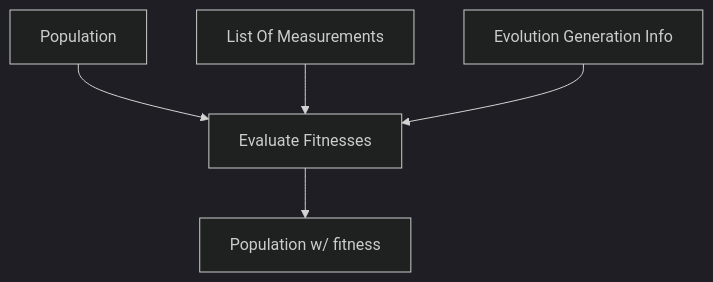
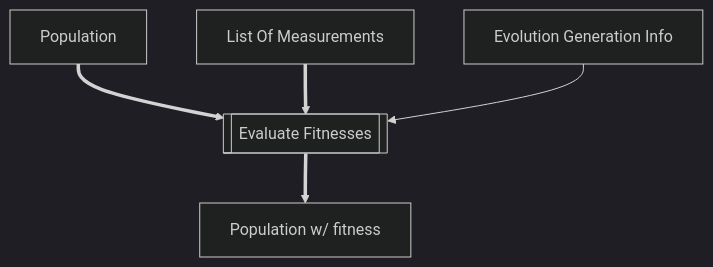
Before and after one commit to evolvablehardware/BitstreamEvolution: diagram 12 of 22 in docs/sphinx/source/architecture/index.rst, drawn with Mermaid (dark theme). The commit also changed other lines of this file and 5 other files, not shown here.

Commit message:
updated the Architectural description to finally translate it off of the images of slides.

```diff
--- a/docs/sphinx/source/architecture/index.rst
+++ b/docs/sphinx/source/architecture/index.rst
@@ -214,13 +315,13 @@
 .. mermaid::
 
    flowchart TD
        pop["Population"]
        meas["List Of Measurements"]
        geninfo["Evolution Generation Info"]
-       eval["Evaluate Fitnesses"]
+       eval[["Evaluate Fitnesses"]]
        result["Population w/ fitness"]
 
-       pop --> eval
-       meas --> eval
+       pop ==> eval
+       meas ==> eval
        geninfo --> eval
-       eval --> result
+       eval ==> result
```
